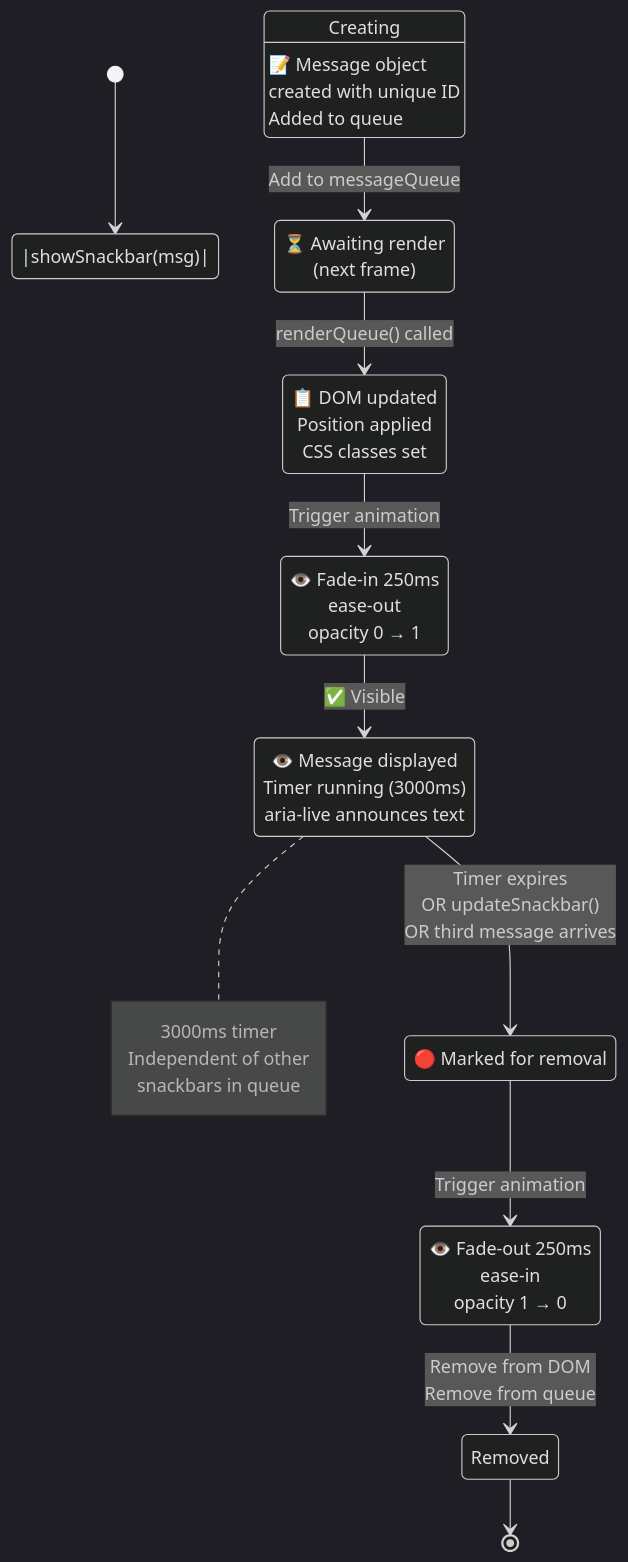
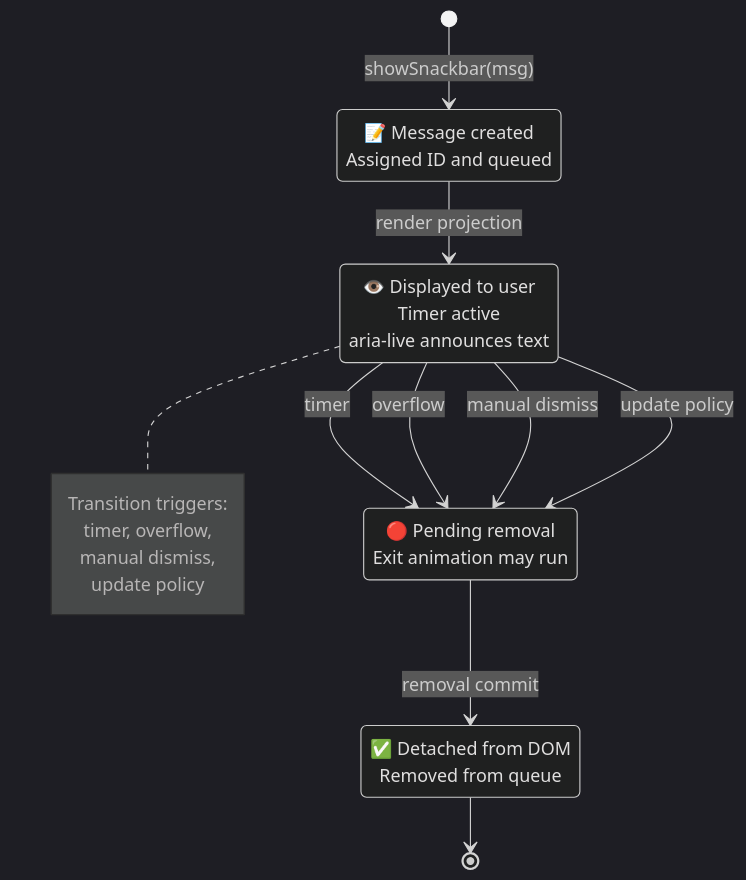
Before and after one commit to CyanAutomation/judokon: the second of 3 diagrams in design/productRequirementsDocuments/prdSnackbar.md, drawn with Mermaid (dark theme). The commit also changed other lines of this file, not shown here.

Commit message:
docs: simplify snackbar lifecycle to behavioral states (#5785)

````diff
--- a/design/productRequirementsDocuments/prdSnackbar.md
+++ b/design/productRequirementsDocuments/prdSnackbar.md
@@ -160,40 +160,30 @@
 ```mermaid
 stateDiagram-v2
-    [*] -->|showSnackbar(msg)| Creating: Creating
+    [*] --> Created: showSnackbar(msg)
 
-    Creating: 📝 Message object<br/>created with unique ID<br/>Added to queue
+    Created: 📝 Message created<br/>Assigned ID and queued
 
-    Creating --> Queueing: Add to messageQueue
+    Created --> Visible: render projection
 
-    Queueing: ⏳ Awaiting render<br/>(next frame)
+    Visible: 👁️ Displayed to user<br/>Timer active<br/>aria-live announces text
 
-    Queueing --> Rendering: renderQueue() called
+    Visible --> Dismissing: timer
+    Visible --> Dismissing: overflow
+    Visible --> Dismissing: manual dismiss
+    Visible --> Dismissing: update policy
 
-    Rendering: 📋 DOM updated<br/>Position applied<br/>CSS classes set
+    Dismissing: 🔴 Pending removal<br/>Exit animation may run
 
-    Rendering --> FadeIn: Trigger animation
+    Dismissing --> Removed: removal commit
 
-    FadeIn: 👁️ Fade-in 250ms<br/>ease-out<br/>opacity 0 → 1
-
-    FadeIn --> Visible: ✅ Visible
-
-    Visible: 👁️ Message displayed<br/>Timer running (3000ms)<br/>aria-live announces text
-
-    Visible --> Dismissing: Timer expires<br/>OR updateSnackbar()<br/>OR third message arrives
-
-    Dismissing: 🔴 Marked for removal
-
-    Dismissing --> FadeOut: Trigger animation
-
-    FadeOut: 👁️ Fade-out 250ms<br/>ease-in<br/>opacity 1 → 0
-
-    FadeOut --> Removed: Remove from DOM<br/>Remove from queue
+    Removed: ✅ Detached from DOM<br/>Removed from queue
 
     Removed --> [*]
 
     note right of Visible
-        3000ms timer
-        Independent of other
-        snackbars in queue
+        Transition triggers:
+        timer, overflow,
+        manual dismiss,
+        update policy
     end note
 ```
````
